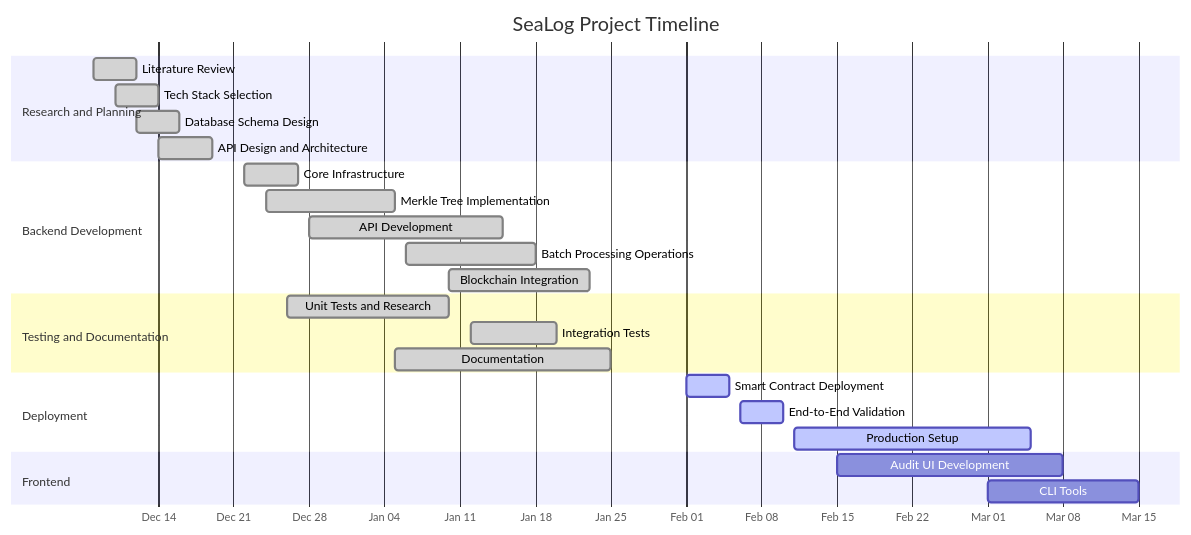
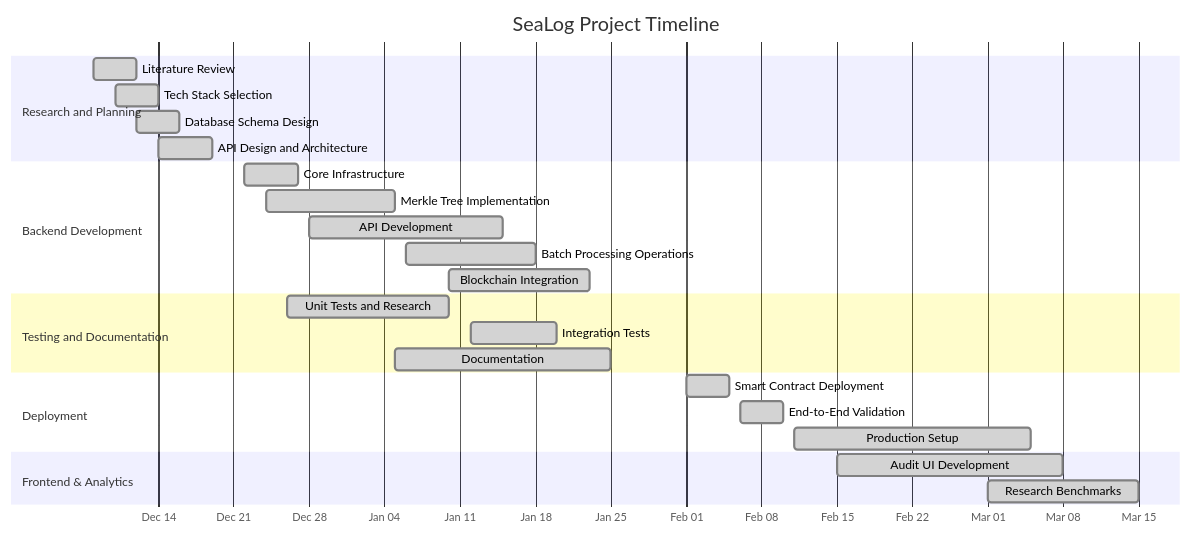
One commit to birajkashyap/SeaLog-v1 changed the diagram in docs/PROJECT_TIMELINE.md. Above: the diagram before and after it, drawn with Mermaid. The commit also changed other lines of this file, not shown here.

Commit message:
docs: Update project timeline to reflect 100% completion of all phases including UI and Benchmarks

````diff
--- a/docs/PROJECT_TIMELINE.md
+++ b/docs/PROJECT_TIMELINE.md
@@ -7,33 +7,33 @@
 ```mermaid
 gantt
     title SeaLog Project Timeline
     dateFormat YYYY-MM-DD
     axisFormat %b %d
     
     section Research and Planning
     Literature Review           :done, research1, 2025-12-08, 2025-12-12
     Tech Stack Selection        :done, research2, 2025-12-10, 2025-12-14
     Database Schema Design      :done, research3, 2025-12-12, 2025-12-16
     API Design and Architecture :done, research4, 2025-12-14, 2025-12-19
     
     section Backend Development
     Core Infrastructure         :done, backend1, 2025-12-22, 2025-12-27
     Merkle Tree Implementation  :done, backend2, 2025-12-24, 2026-01-05
     API Development             :done, backend3, 2025-12-28, 2026-01-15
     Batch Processing Operations :done, backend4, 2026-01-06, 2026-01-18
     Blockchain Integration      :done, backend5, 2026-01-10, 2026-01-23
     
     section Testing and Documentation
     Unit Tests and Research     :done, test1, 2025-12-26, 2026-01-10
     Integration Tests           :done, test2, 2026-01-12, 2026-01-20
     Documentation               :done, test3, 2026-01-05, 2026-01-25
     
     section Deployment
-    Smart Contract Deployment   :active, deploy1, 2026-02-01, 2026-02-05
-    End-to-End Validation       :active, deploy2, 2026-02-06, 2026-02-10
-    Production Setup            :active, deploy3, 2026-02-11, 2026-03-05
+    Smart Contract Deployment   :done, deploy1, 2026-02-01, 2026-02-05
+    End-to-End Validation       :done, deploy2, 2026-02-06, 2026-02-10
+    Production Setup            :done, deploy3, 2026-02-11, 2026-03-05
     
-    section Frontend
-    Audit UI Development        :frontend1, 2026-02-15, 2026-03-08
-    CLI Tools                   :frontend2, 2026-03-01, 2026-03-15
+    section Frontend & Analytics
+    Audit UI Development        :done, frontend1, 2026-02-15, 2026-03-08
+    Research Benchmarks         :done, frontend2, 2026-03-01, 2026-03-15
 ```
````
